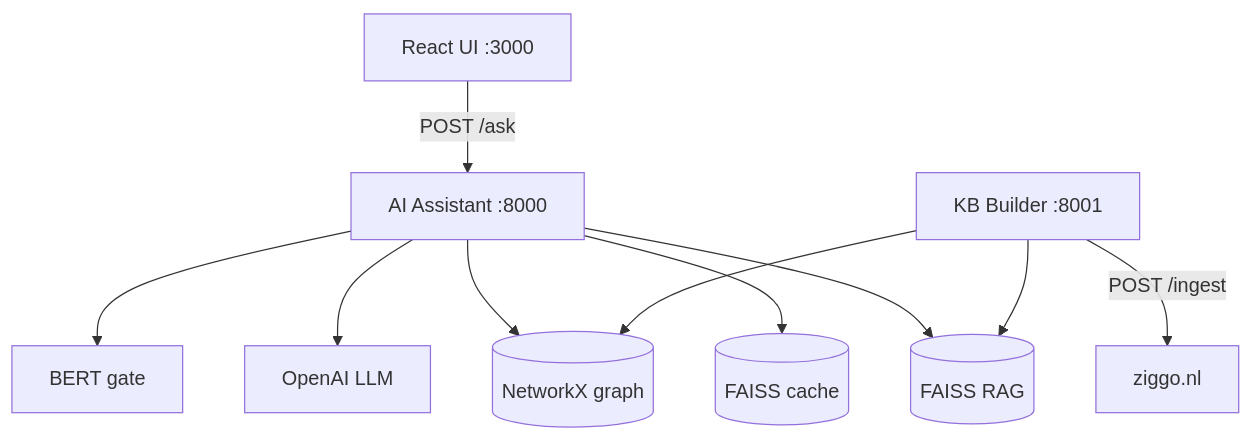
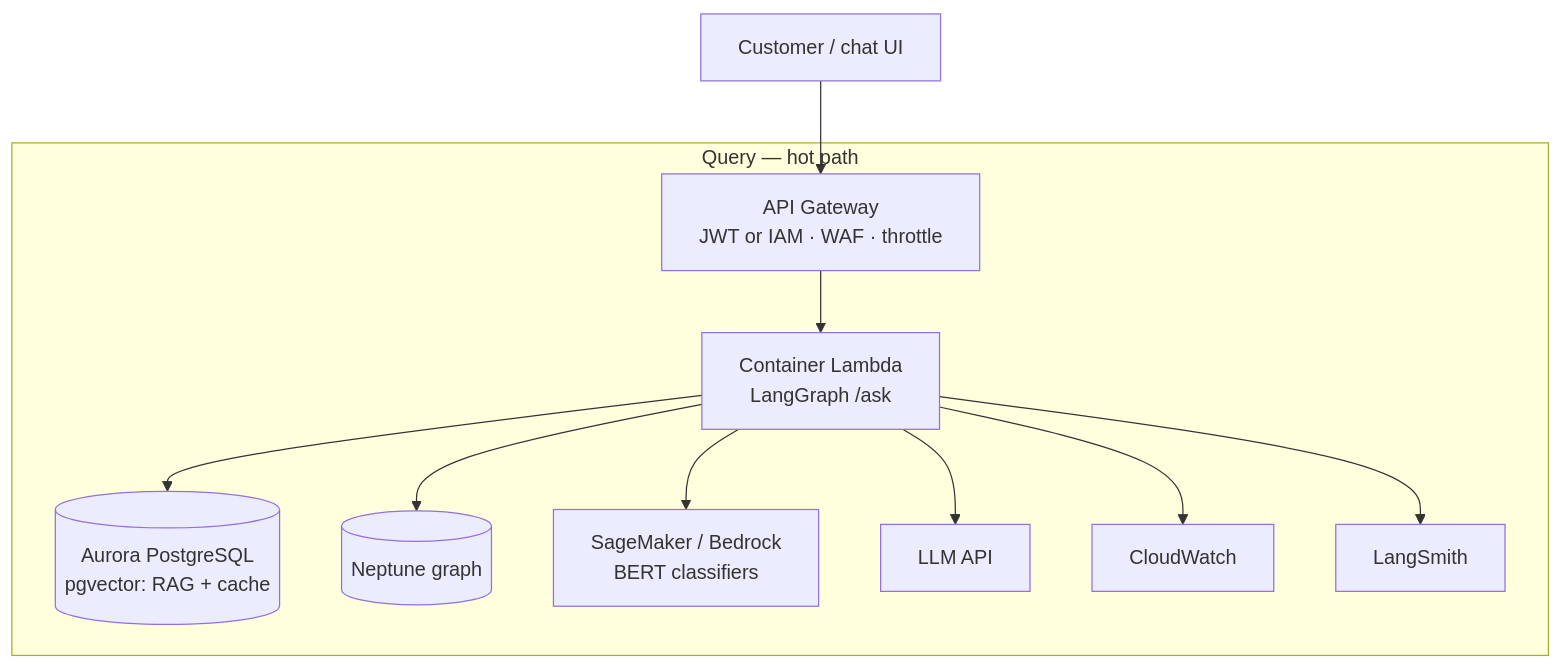
One commit to amartynyuk/VodafoneZiggo-RAG-assignment changed the second of 2 diagrams in README.md. Above: the diagram before and after it, drawn with Mermaid. The commit also changed other lines of this file and 3 other files, not shown here.

````diff
--- a/README.md
+++ b/README.md
@@ -71,12 +232,14 @@
 ```mermaid
 flowchart TB
-  WEB[React UI :3000] -->|POST /ask| AA[AI Assistant :8000]
-  AA --> CACHE[(FAISS cache)]
-  AA --> RAG[(FAISS RAG)]
-  AA --> GRAPH[(NetworkX graph)]
-  AA --> LLM[OpenAI LLM]
-  AA --> BERT[BERT gate]
-  KB[KB Builder :8001] -->|POST /ingest| ZIG[ziggo.nl]
-  KB --> RAG
-  KB --> GRAPH
+  USER[Customer / chat UI] --> APIGW[API Gateway<br/>JWT or IAM · WAF · throttle]
+
+  subgraph query [Query — hot path]
+    APIGW --> LASK[Container Lambda<br/>LangGraph /ask]
+    LASK --> AURORA[(Aurora PostgreSQL<br/>pgvector: RAG + cache)]
+    LASK --> NEPTUNE[(Neptune graph)]
+    LASK --> GATE[SageMaker / Bedrock<br/>BERT classifiers]
+    LASK --> LLM[LLM API]
+    LASK --> CW[CloudWatch]
+    LASK --> LS[LangSmith]
+  end
 ```
````
